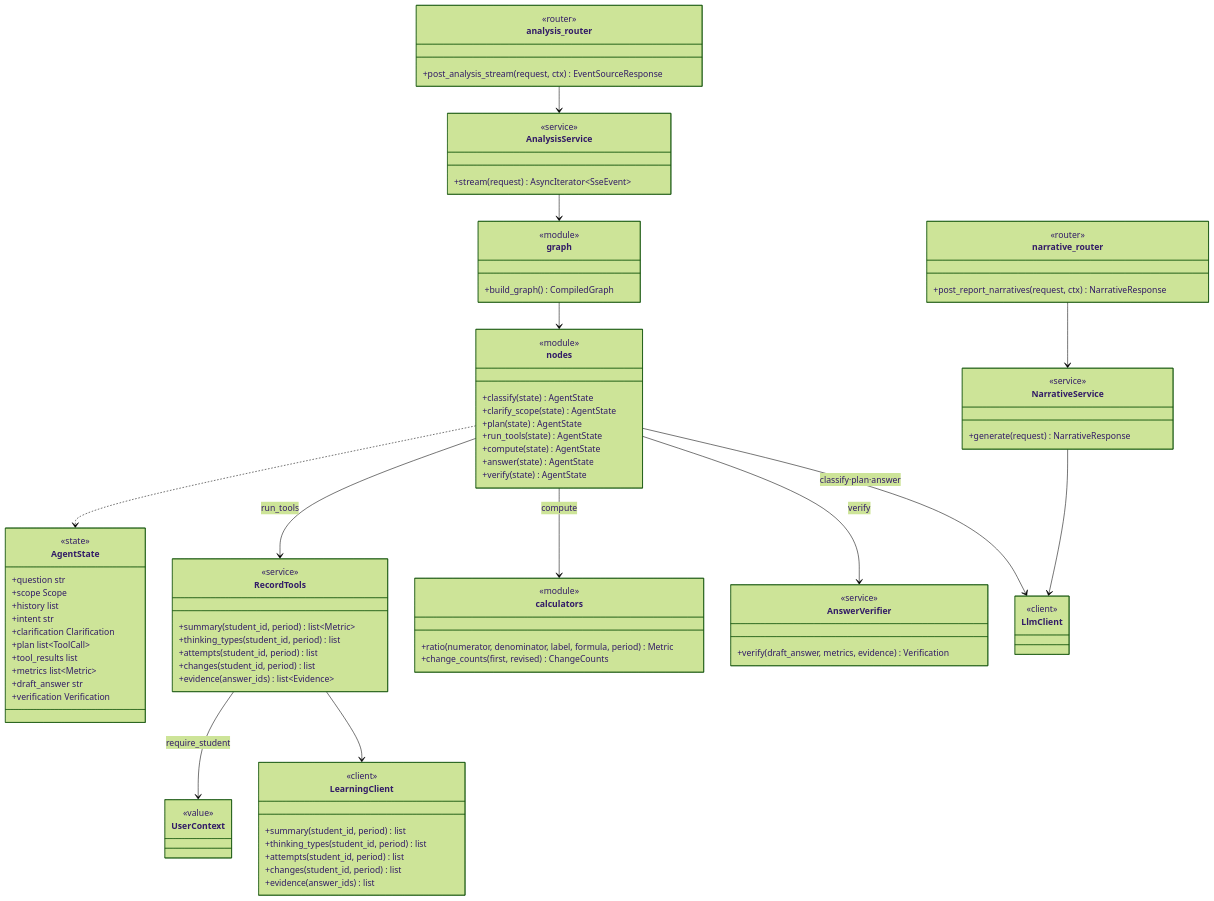
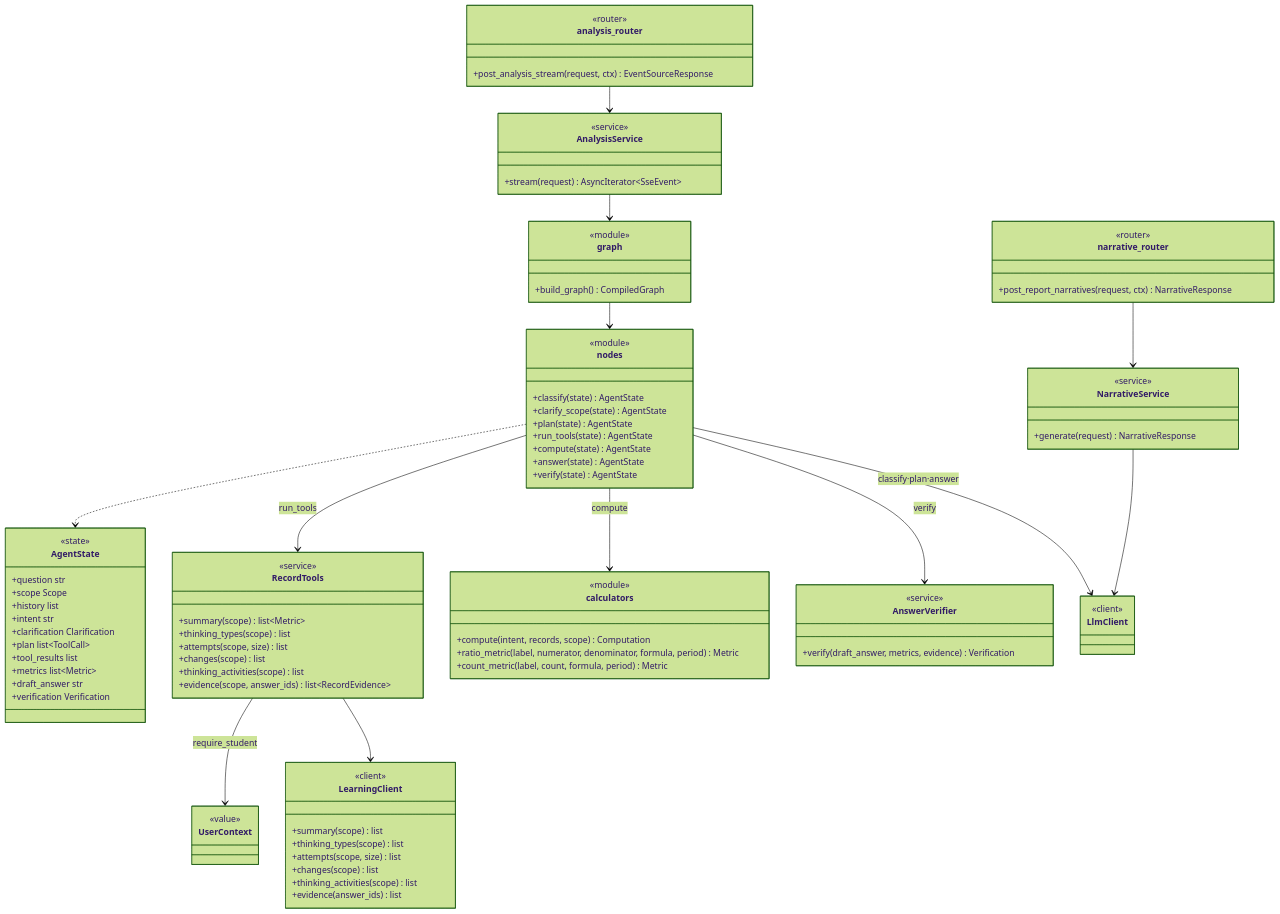
Diagram 12 of 15 in docs/design/class-diagram.md (SKNETWORKS-FAMILY-AICAMP/SKN34-FINAL-3TEAM), drawn with Mermaid (forest theme) before and after one commit. The commit also changed other lines of this file and 20 other files, not shown here.

```diff
--- a/docs/design/class-diagram.md
+++ b/docs/design/class-diagram.md
@@ -1575,16 +1575,18 @@
   }
   class RecordTools {
     <<service>>
-    +summary(student_id, period) list~Metric~
-    +thinking_types(student_id, period) list
-    +attempts(student_id, period) list
-    +changes(student_id, period) list
-    +evidence(answer_ids) list~Evidence~
+    +summary(scope) list~Metric~
+    +thinking_types(scope) list
+    +attempts(scope, size) list
+    +changes(scope) list
+    +thinking_activities(scope) list
+    +evidence(scope, answer_ids) list~RecordEvidence~
   }
   class calculators {
     <<module>>
-    +ratio(numerator, denominator, label, formula, period) Metric
-    +change_counts(first, revised) ChangeCounts
+    +compute(intent, records, scope) Computation
+    +ratio_metric(label, numerator, denominator, formula, period) Metric
+    +count_metric(label, count, formula, period) Metric
   }
   class AnswerVerifier {
     <<service>>
@@ -1600,10 +1602,11 @@
   }
   class LearningClient {
     <<client>>
-    +summary(student_id, period) list
-    +thinking_types(student_id, period) list
-    +attempts(student_id, period) list
-    +changes(student_id, period) list
+    +summary(scope) list
+    +thinking_types(scope) list
+    +attempts(scope, size) list
+    +changes(scope) list
+    +thinking_activities(scope) list
     +evidence(answer_ids) list
   }
   class LlmClient { <<client>> }
```
